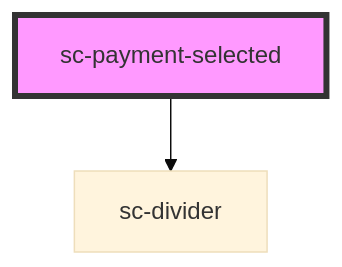
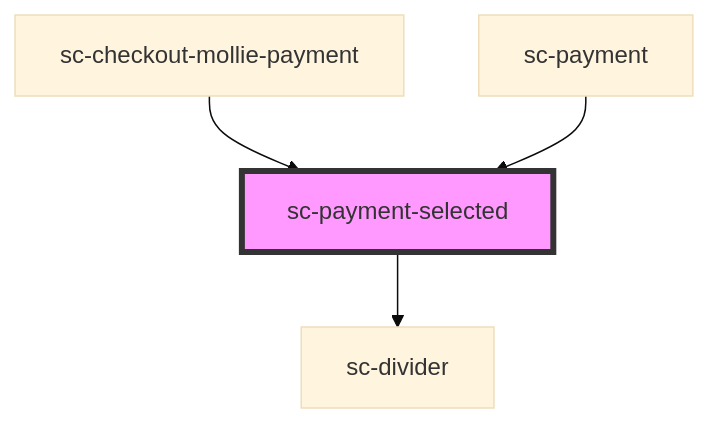
One commit to surecart/surecart-wp-plugin changed the diagram in packages/components/src/components/ui/payment-selected/readme.md. Above: the diagram before and after it, drawn with Mermaid (base theme). The commit also changed other lines of this file and 52 other files, not shown here.

````diff
--- a/packages/components/src/components/ui/payment-selected/readme.md
+++ b/packages/components/src/components/ui/payment-selected/readme.md
@@ -35,5 +40,7 @@
 ```mermaid
 graph TD;
   sc-payment-selected --> sc-divider
+  sc-checkout-mollie-payment --> sc-payment-selected
+  sc-payment --> sc-payment-selected
   style sc-payment-selected fill:#f9f,stroke:#333,stroke-width:4px
 ```
````
